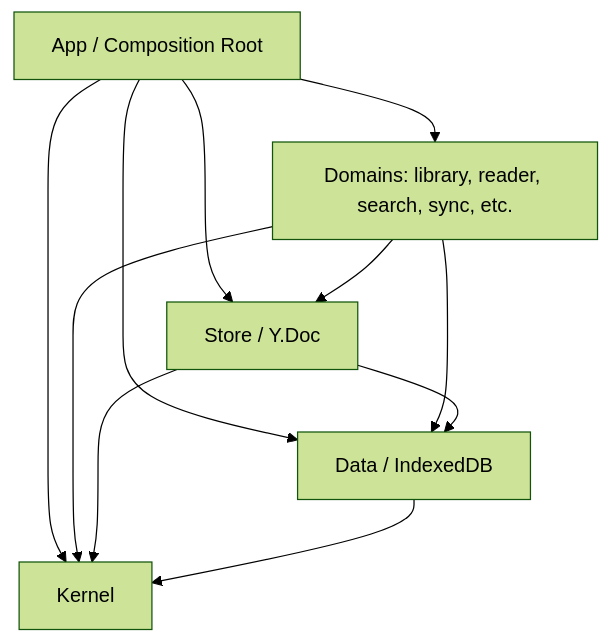
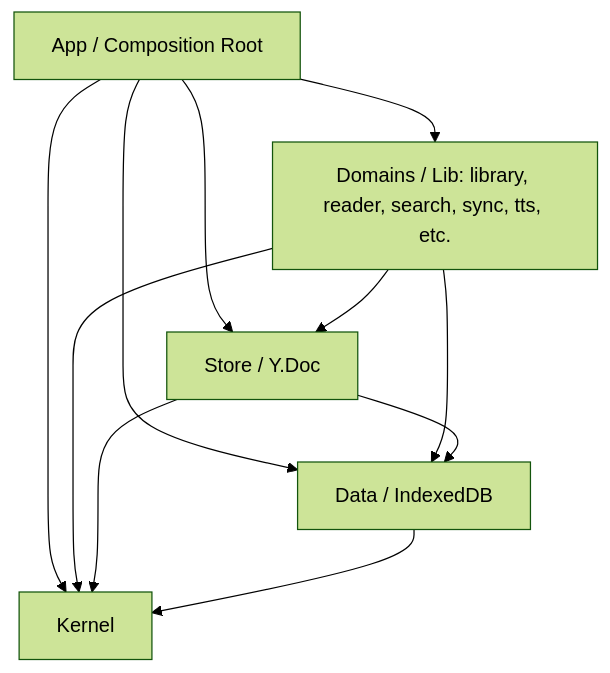
The diagram in architecture.md (vrwarp/versicle), drawn with Mermaid (forest theme) before and after one commit. The commit also changed other lines of this file and 2 other files, not shown here.

First line of the commit message:
docs(architecture): document isolated TTS PlaybackController in registry and README

````diff
--- a/architecture.md
+++ b/architecture.md
@@ -64,13 +64,13 @@
 ```mermaid
 graph TD
-    L4[App / Composition Root] --> L3[Domains: library, reader, search, sync, etc.]
+    L4[App / Composition Root] --> L3[Domains / Lib: library, reader, search, sync, tts, etc.]
     L4 --> L2
     L4 --> L1
     L4 --> L0
     L3 --> L2[Store / Y.Doc]
     L3 --> L1
     L3 --> L0
     L2 --> L1
     L2 --> L0
     L1[Data / IndexedDB] --> L0[Kernel]
 ```
````
